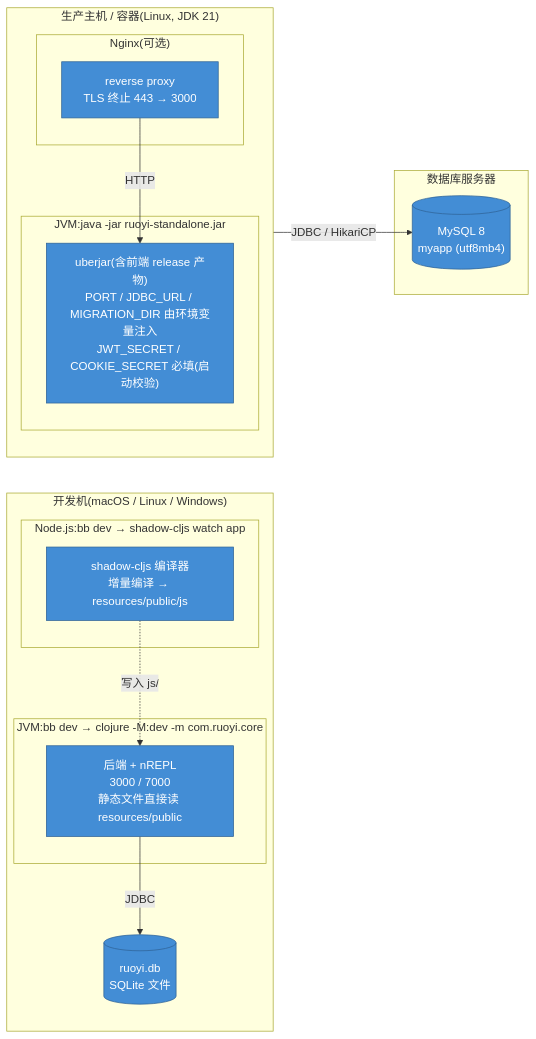
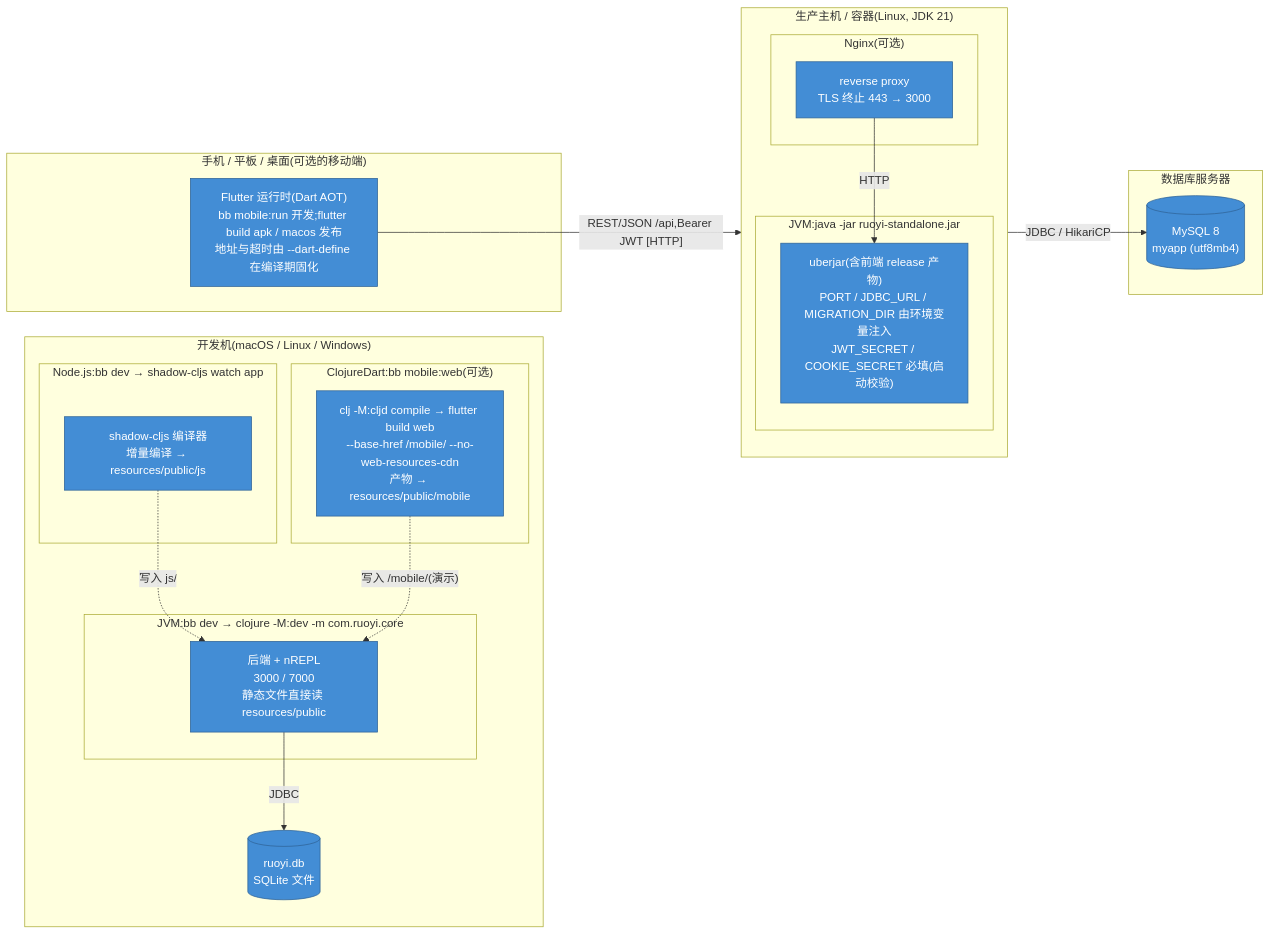
Diagram 15 of 16 in docs/architecture/c4-model.org (RedCreationTech/clj-cljs-template), drawn with Mermaid before and after one commit. The commit also changed other lines of this file and 14 other files, not shown here.

First line of the commit message:
docs(architecture): 设计文档补上移动端这一层,并清掉本文里 5 处过期助手

```diff
--- a/docs/architecture/c4-model.org
+++ b/docs/architecture/c4-model.org
@@ -659,30 +790,38 @@
 #+begin_src mermaid :file img/c4-deployment.svg :exports results
 flowchart LR
   subgraph DEV["开发机(macOS / Linux / Windows)"]
     direction TB
     subgraph JVM1["JVM:bb dev → clojure -M:dev -m com.ruoyi.core"]
       be1["后端 + nREPL<br/>3000 / 7000<br/>静态文件直接读 resources/public"]:::container
     end
     subgraph NODE["Node.js:bb dev → shadow-cljs watch app"]
       fe1["shadow-cljs 编译器<br/>增量编译 → resources/public/js"]:::container
     end
+    subgraph DART["ClojureDart:bb mobile:web(可选)"]
+      fe2["clj -M:cljd compile → flutter build web<br/>--base-href /mobile/ --no-web-resources-cdn<br/>产物 → resources/public/mobile"]:::container
+    end
     sqlite[("ruoyi.db<br/>SQLite 文件")]:::container
     be1 -- JDBC --> sqlite
     fe1 -. 写入 js/ .-> be1
+    fe2 -. "写入 /mobile/(演示)" .-> be1
   end
   subgraph PROD["生产主机 / 容器(Linux, JDK 21)"]
     direction TB
     subgraph NGINX["Nginx(可选)"]
       rp["reverse proxy<br/>TLS 终止 443 → 3000"]:::container
     end
     subgraph JVM2["JVM:java -jar ruoyi-standalone.jar"]
       be2["uberjar(含前端 release 产物)<br/>PORT / JDBC_URL / MIGRATION_DIR 由环境变量注入<br/>JWT_SECRET / COOKIE_SECRET 必填(启动校验)"]:::container
     end
     rp -- HTTP --> be2
   end
   subgraph DBHOST["数据库服务器"]
     mysql[("MySQL 8<br/>myapp (utf8mb4)")]:::container
   end
+  subgraph PHONE["手机 / 平板 / 桌面(可选的移动端)"]
+    appm["Flutter 运行时(Dart AOT)<br/>bb mobile:run 开发;flutter build apk / macos 发布<br/>地址与超时由 --dart-define 在编译期固化"]:::container
+  end
   be2 -- "JDBC / HikariCP" --> mysql
+  appm -- "REST/JSON /api,Bearer JWT [HTTP]" --> rp
   classDef container fill:#438dd5,stroke:#2e6295,color:#fff
 #+end_src
```
